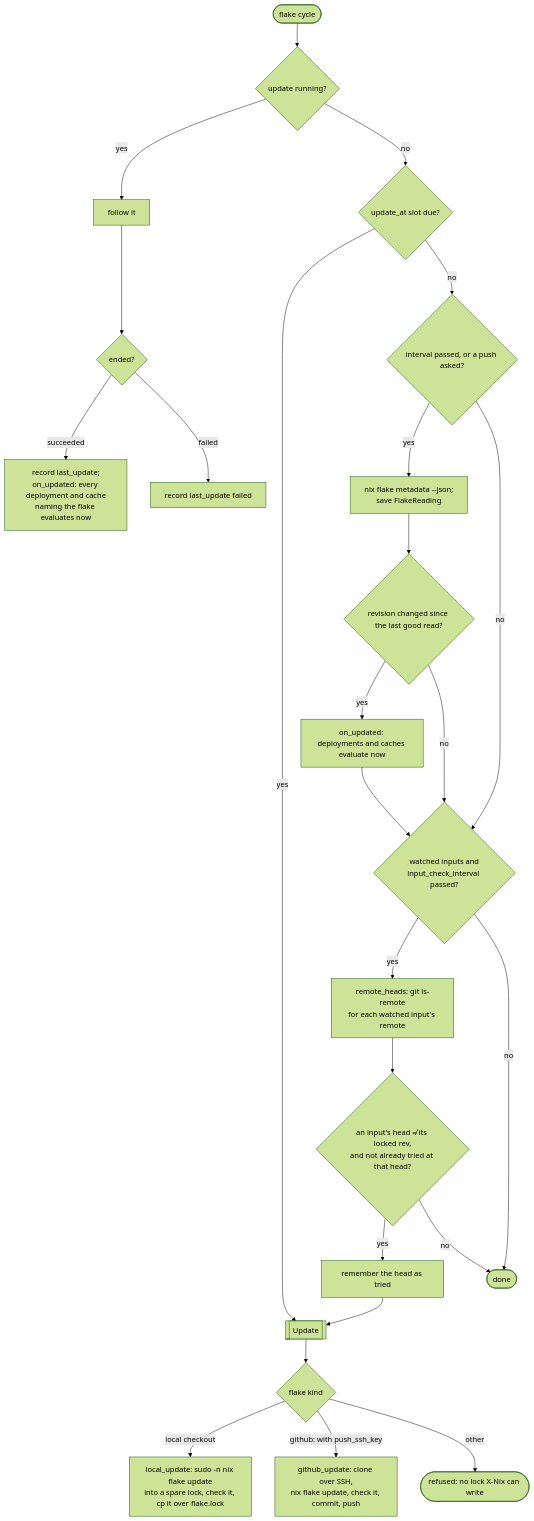
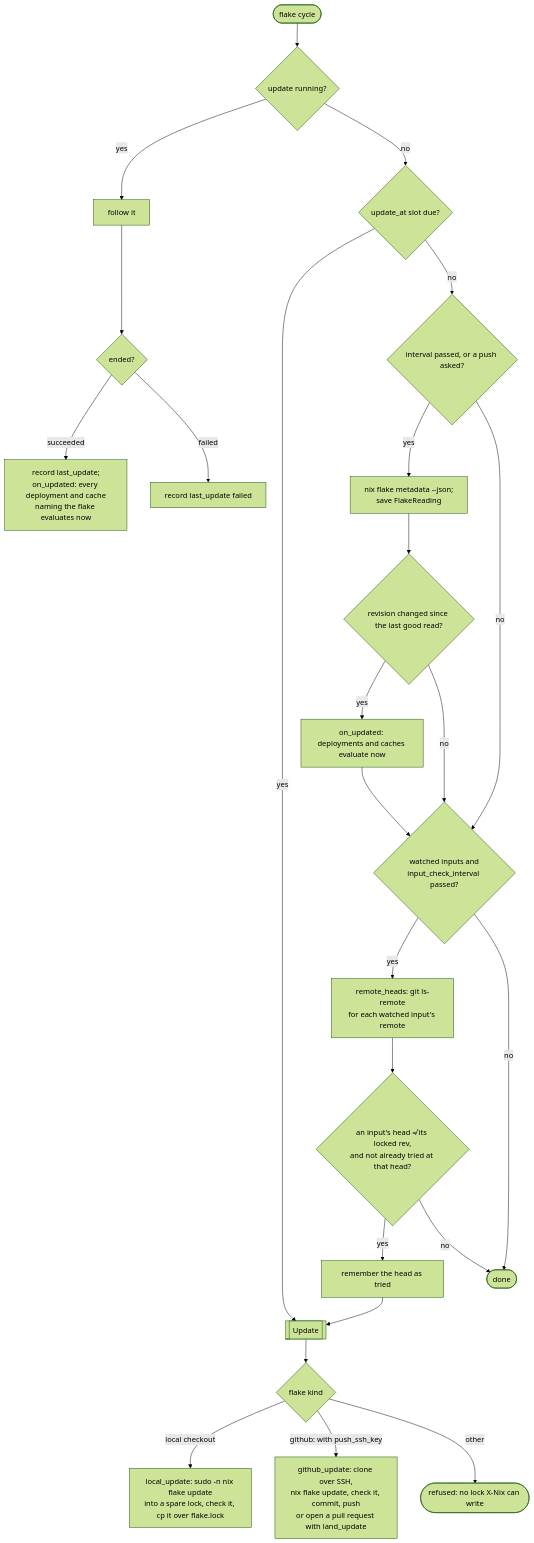
One commit to x-tech-laboratories/X-Nix changed diagram 11 of 20 in docs/developer/flows.md. Above: the diagram before and after it, drawn with Mermaid (forest theme). The commit also changed 8 other files, not shown here.

First line of the commit message:
feat(flakes): land a github: flake's update as a pull request

````diff
--- a/docs/developer/flows.md
+++ b/docs/developer/flows.md
@@ -299,27 +299,27 @@
 ```mermaid
 flowchart TD
     cycle([flake cycle]) --> running{update running?}
     running -- yes --> follow[follow it]
     follow --> ended{ended?}
     ended -- succeeded --> updated[record last_update;<br/>on_updated: every deployment and cache<br/>naming the flake evaluates now]
     ended -- failed --> record[record last_update failed]
     running -- no --> daily{update_at slot due?}
     daily -- yes --> update
     daily -- no --> meta{interval passed, or a push asked?}
     meta -- yes --> read[nix flake metadata --json;<br/>save FlakeReading]
     read --> changed{revision changed since the last good read?}
     changed -- yes --> notify[on_updated: deployments and caches evaluate now]
     changed -- no --> check
     notify --> check
     meta -- no --> check{watched inputs and<br/>input_check_interval passed?}
     check -- yes --> heads[remote_heads: git ls-remote<br/>for each watched input's remote]
     heads --> moved{an input's head ≠ its locked rev,<br/>and not already tried at that head?}
     moved -- yes --> tried[remember the head as tried] --> update
     moved -- no --> idle([done])
     check -- no --> idle
 
     update[[Update]] --> kind{flake kind}
     kind -- "local checkout" --> local[local_update: sudo -n nix flake update<br/>into a spare lock, check it, cp it over flake.lock]
-    kind -- "github: with push_ssh_key" --> gh[github_update: clone over SSH,<br/>nix flake update, check it, commit, push]
+    kind -- "github: with push_ssh_key" --> gh[github_update: clone over SSH,<br/>nix flake update, check it, commit, push<br/>or open a pull request with land_update]
     kind -- other --> refuse([refused: no lock X-Nix can write])
 ```
````
